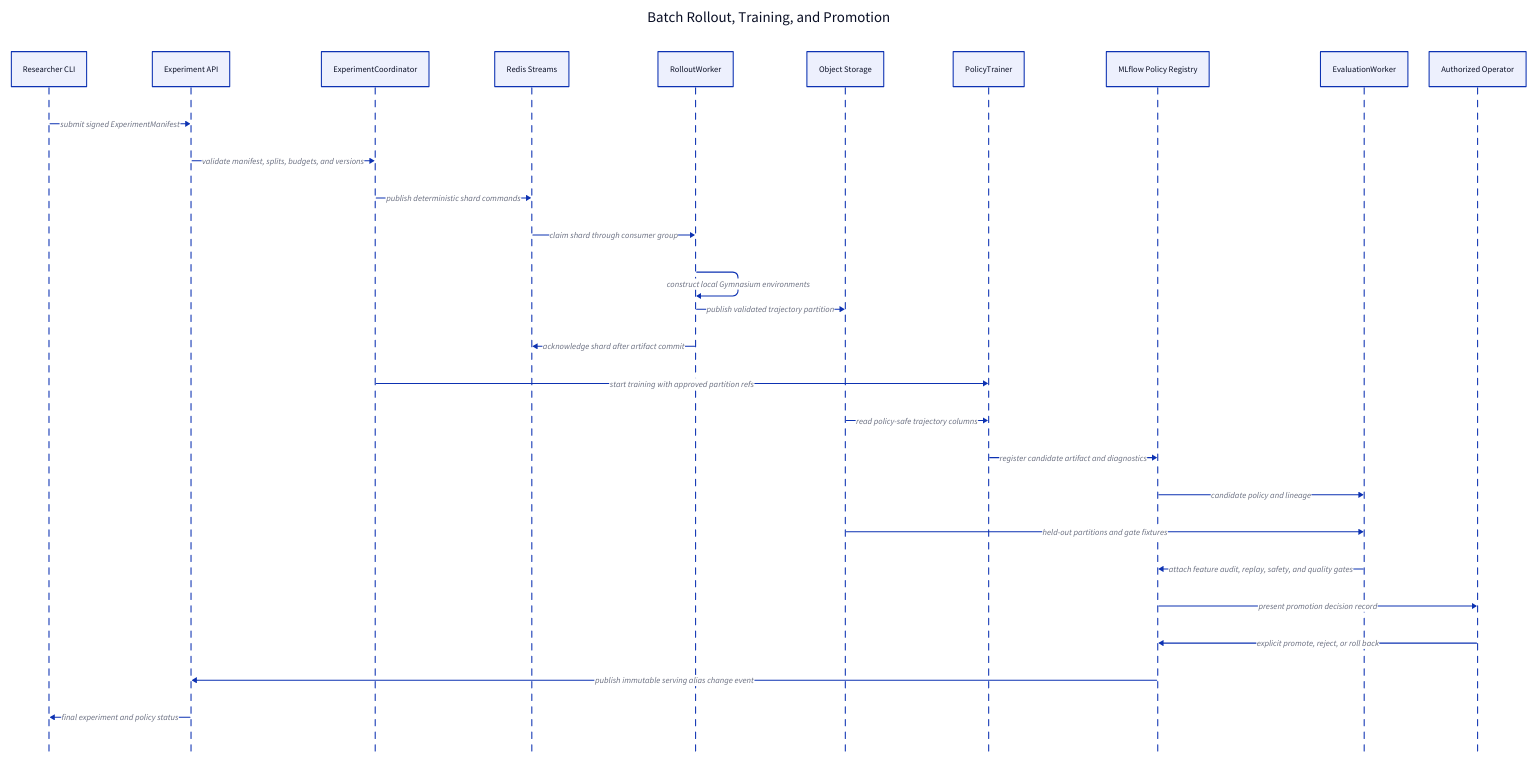
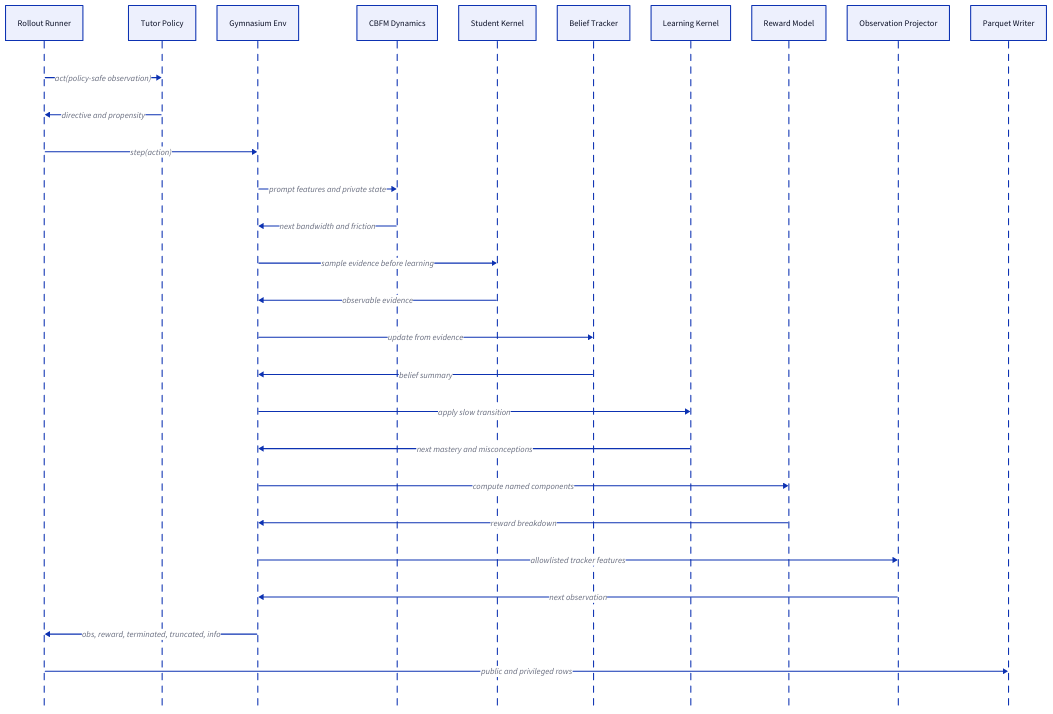
The fourth of 5 diagrams in docs/LLD.md (thekhananas/msc-dissertation-ak7025), drawn with D2 before and after one commit. The commit also changed other lines of this file and 5 other files, not shown here.

````diff
--- a/docs/LLD.md
+++ b/docs/LLD.md
@@ -918,34 +741,32 @@
 ```d2
-batch_training: "Batch Rollout, Training, and Promotion" {
-  shape: sequence_diagram
+shape: sequence_diagram
 
-  researcher: "Researcher CLI"
-  api: "Experiment API"
-  coordinator: "ExperimentCoordinator"
-  queue: "Redis Streams"
-  rollout: "RolloutWorker"
-  object_store: "Object Storage"
-  trainer: "PolicyTrainer"
-  registry: "MLflow Policy Registry"
-  evaluator: "EvaluationWorker"
-  operator: "Authorized Operator"
+runner: "Rollout Runner"
+policy: "Tutor Policy"
+env: "Gymnasium Env"
+cbfm: "CBFM Dynamics"
+student: "Student Kernel"
+tracker: "Belief Tracker"
+learning: "Learning Kernel"
+reward: "Reward Model"
+projector: "Observation Projector"
+writer: "Parquet Writer"
 
-  researcher -> api: "submit signed ExperimentManifest"
-  api -> coordinator: "validate manifest, splits, budgets, and versions"
-  coordinator -> queue: "publish deterministic shard commands"
-  queue -> rollout: "claim shard through consumer group"
-  rollout -> rollout: "construct local Gymnasium environments"
-  rollout -> object_store: "publish validated trajectory partition"
-  rollout -> queue: "acknowledge shard after artifact commit"
-  coordinator -> trainer: "start training with approved partition refs"
-  object_store -> trainer: "read policy-safe trajectory columns"
-  trainer -> registry: "register candidate artifact and diagnostics"
-  registry -> evaluator: "candidate policy and lineage"
-  object_store -> evaluator: "held-out partitions and gate fixtures"
-  evaluator -> registry: "attach feature audit, replay, safety, and quality gates"
-  registry -> operator: "present promotion decision record"
-  operator -> registry: "explicit promote, reject, or roll back"
-  registry -> api: "publish immutable serving alias change event"
-  api -> researcher: "final experiment and policy status"
-}
+runner -> policy: "act(policy-safe observation)"
+policy -> runner: "directive and propensity"
+runner -> env: "step(action)"
+env -> cbfm: "prompt features and private state"
+cbfm -> env: "next bandwidth and friction"
+env -> student: "sample evidence before learning"
+student -> env: "observable evidence"
+env -> tracker: "update from evidence"
+tracker -> env: "belief summary"
+env -> learning: "apply slow transition"
+learning -> env: "next mastery and misconceptions"
+env -> reward: "compute named components"
+reward -> env: "reward breakdown"
+env -> projector: "allowlisted tracker features"
+projector -> env: "next observation"
+env -> runner: "obs, reward, terminated, truncated, info"
+runner -> writer: "public and privileged rows"
 ```
````
